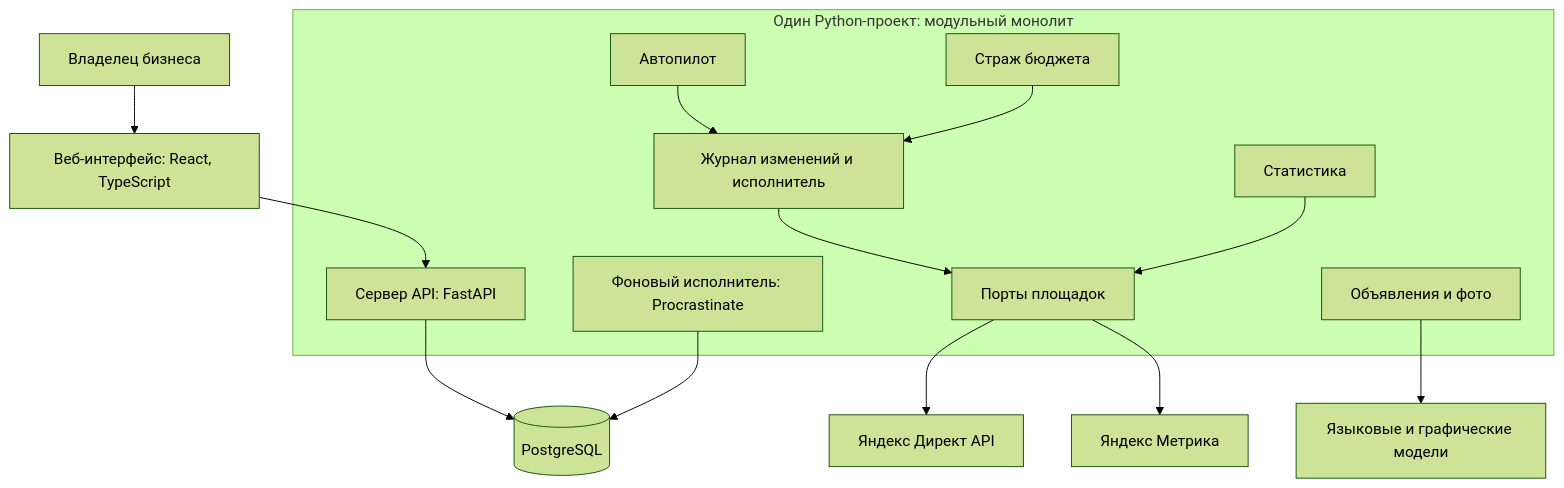
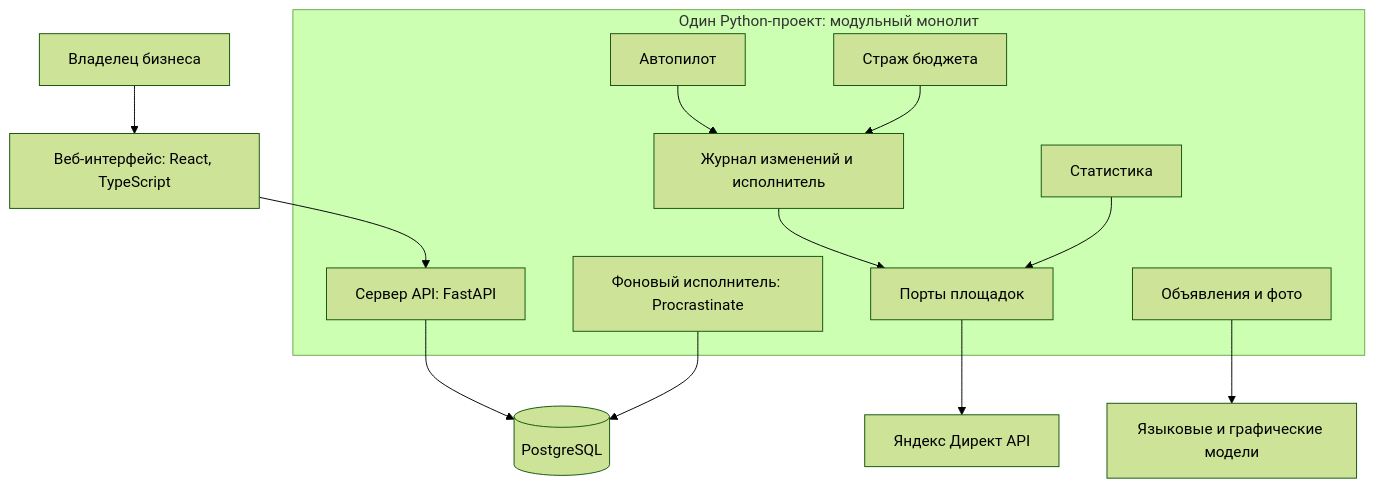
Before and after one commit to andreimelneichuk/Add-Helper: the first of 3 diagrams in docs/technical/01-architecture.md, drawn with Mermaid (forest theme). The commit also changed other lines of this file and 7 other files, not shown here.

````diff
--- a/docs/technical/01-architecture.md
+++ b/docs/technical/01-architecture.md
@@ -5,24 +5,23 @@
 ```mermaid
 flowchart TB
   O[Владелец бизнеса] --> UI[Веб-интерфейс: React, TypeScript]
   UI --> API[Сервер API: FastAPI]
   API --> DB[(PostgreSQL)]
   W[Фоновый исполнитель: Procrastinate] --> DB
   subgraph core[Один Python-проект: модульный монолит]
     API
     W
     AP[Автопилот]
     BG[Страж бюджета]
     LG[Журнал изменений и исполнитель]
     ST[Статистика]
     CR[Объявления и фото]
     PT[Порты площадок]
   end
   AP --> LG
   BG --> LG
   LG --> PT
   ST --> PT
   PT --> YD[Яндекс Директ API]
-  PT --> YM[Яндекс Метрика]
   CR --> LLM[Языковые и графические модели]
 ```
````
